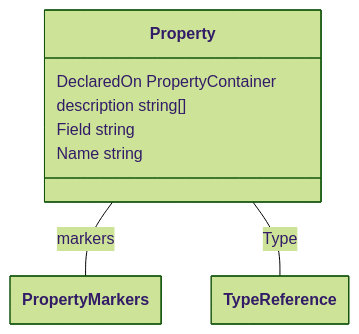
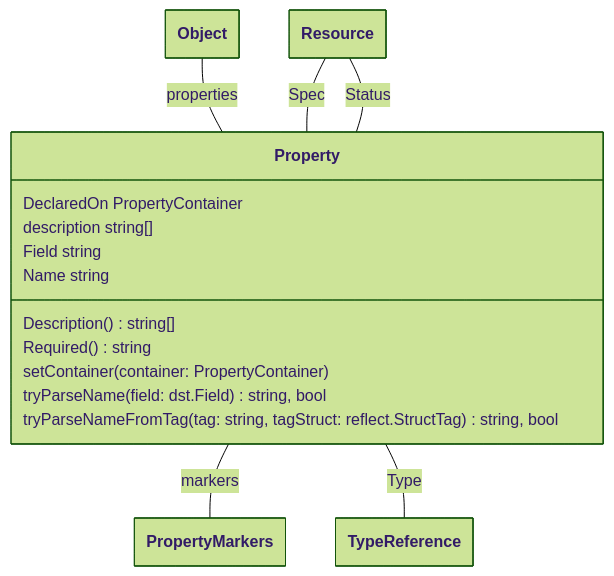
One commit to theunrepentantgeek/crddoc changed diagram 14 of 17 in docs/model/model.md. Above: the diagram before and after it, drawn with Mermaid (forest theme). The commit also changed other lines of this file, not shown here.

````diff
--- a/docs/model/model.md
+++ b/docs/model/model.md
@@ -537,25 +767,36 @@
 ```mermaid
 ---
   config:
     class:
       hideEmptyMembersBox: true
 ---
 classDiagram
 
 class Property["Property"]{  
       DeclaredOn PropertyContainer  
       description string[]  
       Field string  
-      Name string
+      Name string  
+      Description()string[]  
+      Required()string  
+      setContainer(container: PropertyContainer)  
+      tryParseName(field: dst.Field)string, bool  
+      tryParseNameFromTag(tag: string, tagStruct: reflect.StructTag)string, bool
 
 
 } 
 
+Object -- Property : properties 
+Resource -- Property : Spec 
+Resource -- Property : Status 
 
 Property -- PropertyMarkers : markers 
 Property -- TypeReference : Type 
 
+class Object["Object"]
+class Resource["Resource"]
+class Resource["Resource"]
 class PropertyMarkers["PropertyMarkers"]
 class TypeReference["TypeReference"]
 
 ```
````
